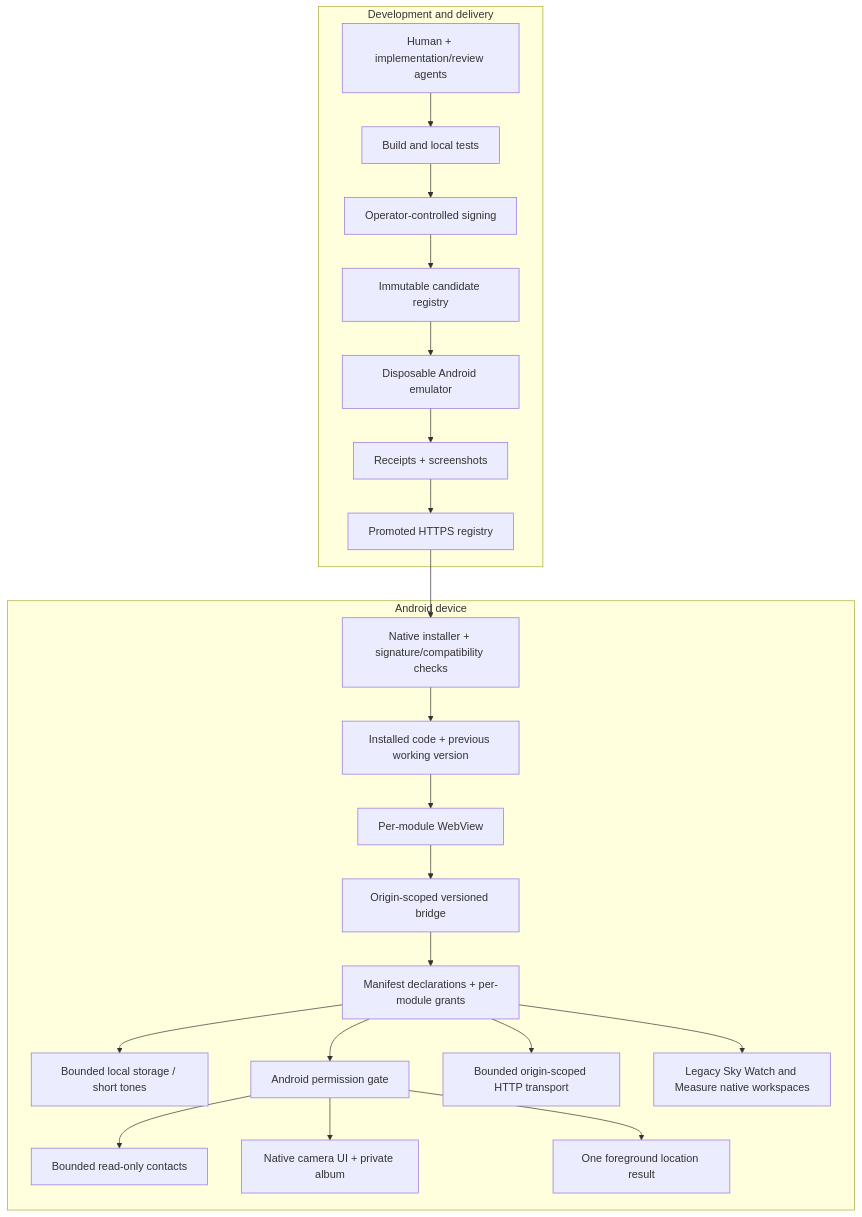
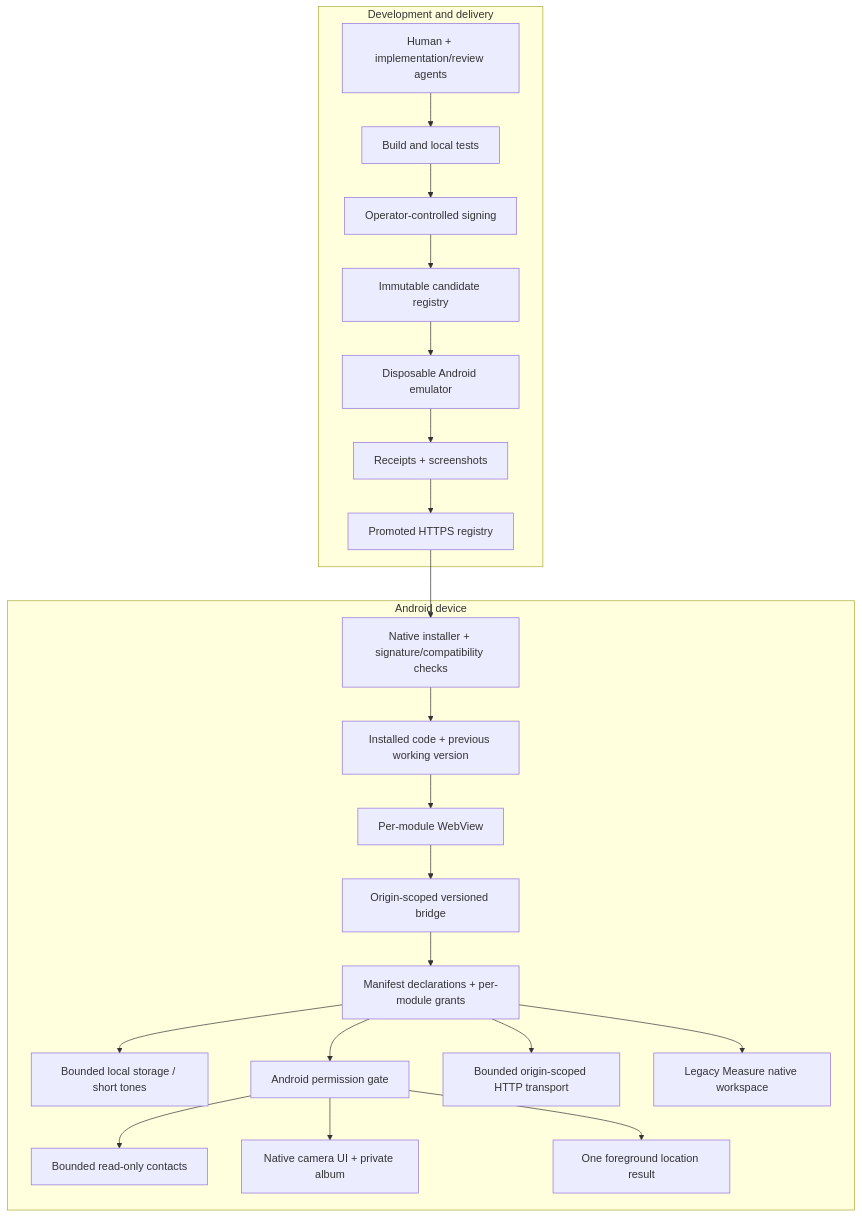
One commit to blueworkslabs/construct changed the diagram in docs/architecture.md. Above: the diagram before and after it, drawn with Mermaid. The commit also changed 2 other files, not shown here.

Commit message:
docs: align current architecture overview with native Sky retirement

````diff
--- a/docs/architecture.md
+++ b/docs/architecture.md
@@ -11,25 +11,25 @@
 ```mermaid
 flowchart TB
     subgraph Development[Development and delivery]
         Workshop[Human + implementation/review agents] --> Build[Build and local tests]
         Build --> Signer[Operator-controlled signing]
         Signer --> Candidate[Immutable candidate registry]
         Candidate --> Runner[Disposable Android emulator]
         Runner --> Evidence[Receipts + screenshots]
         Evidence --> Registry[Promoted HTTPS registry]
     end
     subgraph Phone[Android device]
         Registry --> Installer[Native installer + signature/compatibility checks]
         Installer --> Store[Installed code + previous working version]
         Store --> WebView[Per-module WebView]
         WebView --> Bridge[Origin-scoped versioned bridge]
         Bridge --> Grants[Manifest declarations + per-module grants]
         Grants --> Local[Bounded local storage / short tones]
         Grants --> AndroidGate[Android permission gate]
         AndroidGate --> Contacts[Bounded read-only contacts]
         AndroidGate --> Camera[Native camera UI + private album]
         Grants --> HTTP[Bounded origin-scoped HTTP transport]
         AndroidGate --> Location[One foreground location result]
-        Grants --> Legacy[Legacy Sky Watch and Measure native workspaces]
+        Grants --> Legacy[Legacy Measure native workspace]
     end
 ```
````
